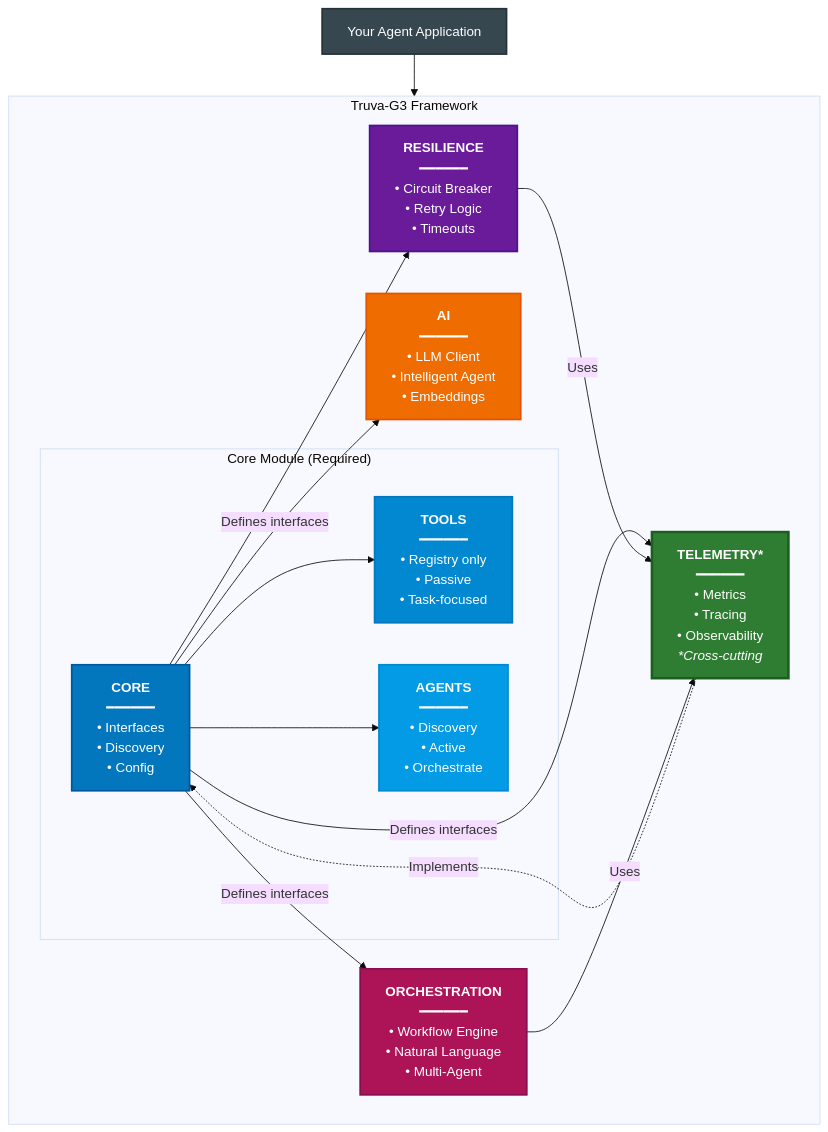
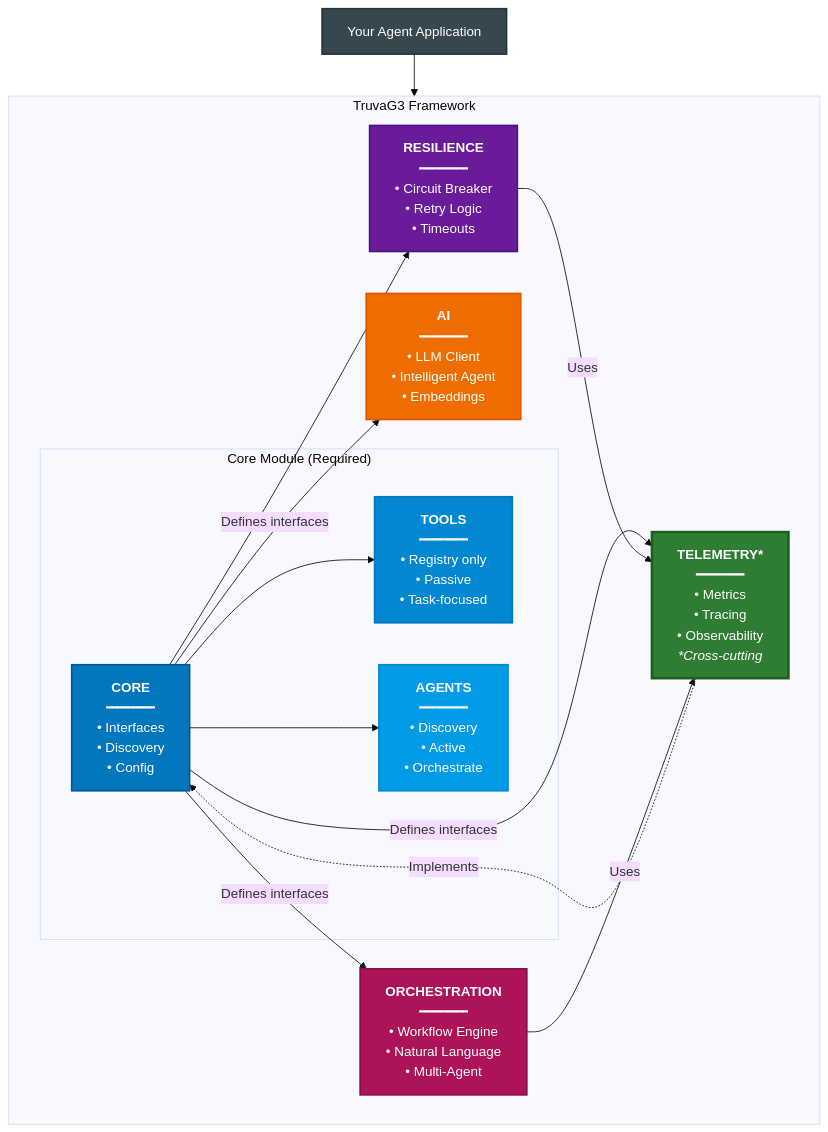
Before and after one commit to truvaagents/truva-g3: the second of 2 diagrams in README.md, drawn with Mermaid (base theme). The commit also changed other lines of this file and 180 other files, not shown here.

````diff
--- a/README.md
+++ b/README.md
@@ -684,43 +684,43 @@
 ```mermaid
 graph TD
     App["Your Agent Application"]
 
     App --> Framework
 
-    subgraph Framework["Truva-G3 Framework"]
+    subgraph Framework["TruvaG3 Framework"]
         subgraph CoreLayer["Core Module (Required)"]
             Core["<b>CORE</b><br/>━━━━━━<br/>• Interfaces<br/>• Discovery<br/>• Config"]
             Tools["<b>TOOLS</b><br/>━━━━━━<br/>• Registry only<br/>• Passive<br/>• Task-focused"]
             Agents["<b>AGENTS</b><br/>━━━━━━<br/>• Discovery<br/>• Active<br/>• Orchestrate"]
 
             Core --> Tools
             Core --> Agents
         end
 
         AI["<b>AI</b><br/>━━━━━━<br/>• LLM Client<br/>• Intelligent Agent<br/>• Embeddings"]
 
         Resilience["<b>RESILIENCE</b><br/>━━━━━━<br/>• Circuit Breaker<br/>• Retry Logic<br/>• Timeouts"]
 
         Telemetry["<b>TELEMETRY*</b><br/>━━━━━━<br/>• Metrics<br/>• Tracing<br/>• Observability<br/><i>*Cross-cutting</i>"]
 
         Orchestration["<b>ORCHESTRATION</b><br/>━━━━━━<br/>• Workflow Engine<br/>• Natural Language<br/>• Multi-Agent"]
 
         Core -->|Defines interfaces| AI
         Core -->|  | Resilience
         Core -->|Defines interfaces| Telemetry
         Core -->|Defines interfaces| Orchestration
 
         Telemetry -.->|Implements| Core
         Resilience -->|Uses| Telemetry
         Orchestration -->|Uses| Telemetry
     end
 
     style Core fill:#0277bd,stroke:#01579b,stroke-width:2px,color:#fff
     style Tools fill:#0288d1,stroke:#0277bd,stroke-width:2px,color:#fff
     style Agents fill:#039be5,stroke:#0288d1,stroke-width:2px,color:#fff
     style AI fill:#ef6c00,stroke:#e65100,stroke-width:2px,color:#fff
     style Resilience fill:#6a1b9a,stroke:#4a148c,stroke-width:2px,color:#fff
     style Telemetry fill:#2e7d32,stroke:#1b5e20,stroke-width:3px,color:#fff
     style Orchestration fill:#ad1457,stroke:#880e4f,stroke-width:2px,color:#fff
     style App fill:#37474f,stroke:#263238,stroke-width:2px,color:#fff
 ```
````
